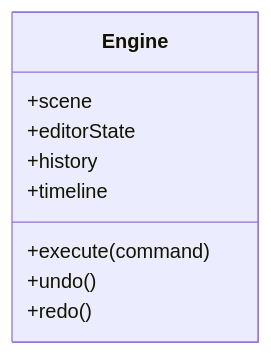
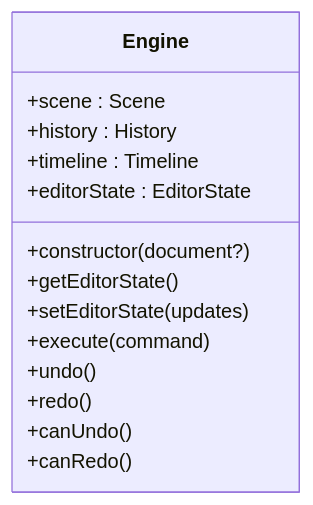
One commit to Anna0314zy/ai_editor_enginer changed the third of 12 diagrams in .qoder/repowiki/en/content/Core Engine System/Core Engine System.md. Above: the diagram before and after it, drawn with Mermaid. The commit also changed other lines of this file and 41 other files, not shown here.

````diff
--- a/.qoder/repowiki/en/content/Core Engine System/Core Engine System.md
+++ b/.qoder/repowiki/en/content/Core Engine System/Core Engine System.md
@@ -145,12 +180,17 @@
 ```mermaid
 classDiagram
 class Engine {
-+scene
-+editorState
-+history
-+timeline
++scene : Scene
++history : History
++timeline : Timeline
++editorState : EditorState
++constructor(document?)
++getEditorState()
++setEditorState(updates)
 +execute(command)
 +undo()
 +redo()
++canUndo()
++canRedo()
 }
 ```
````
